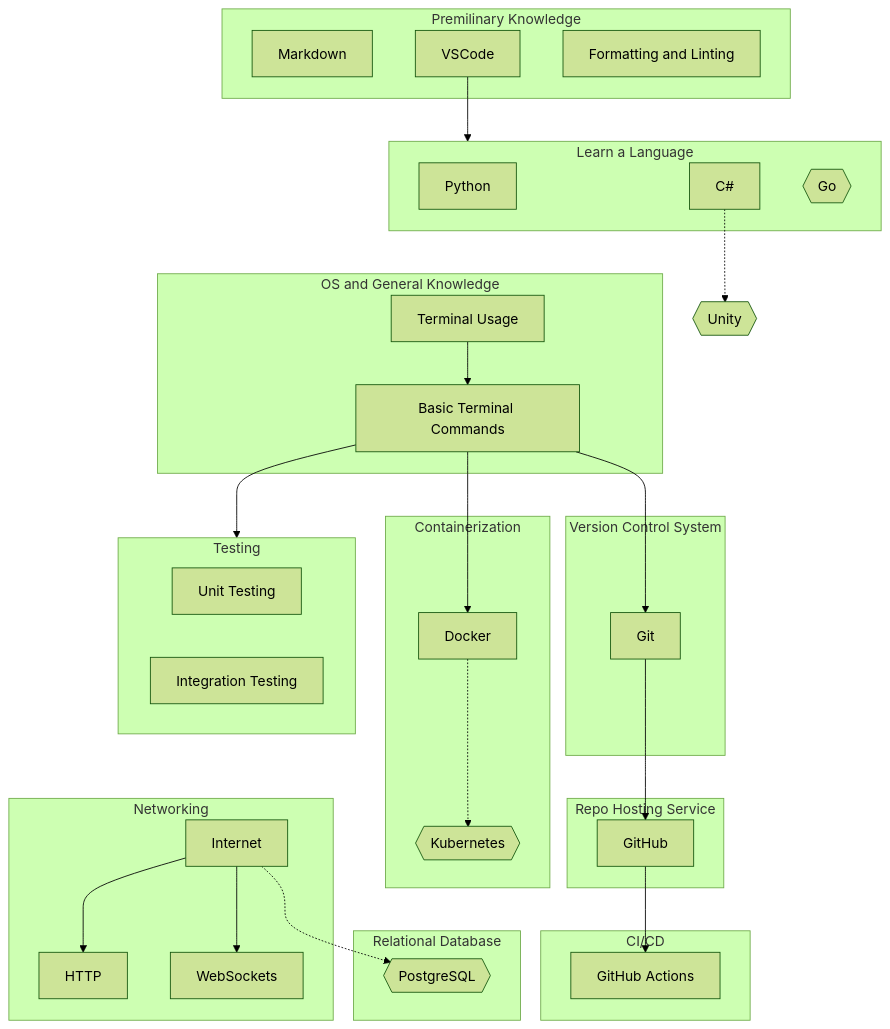
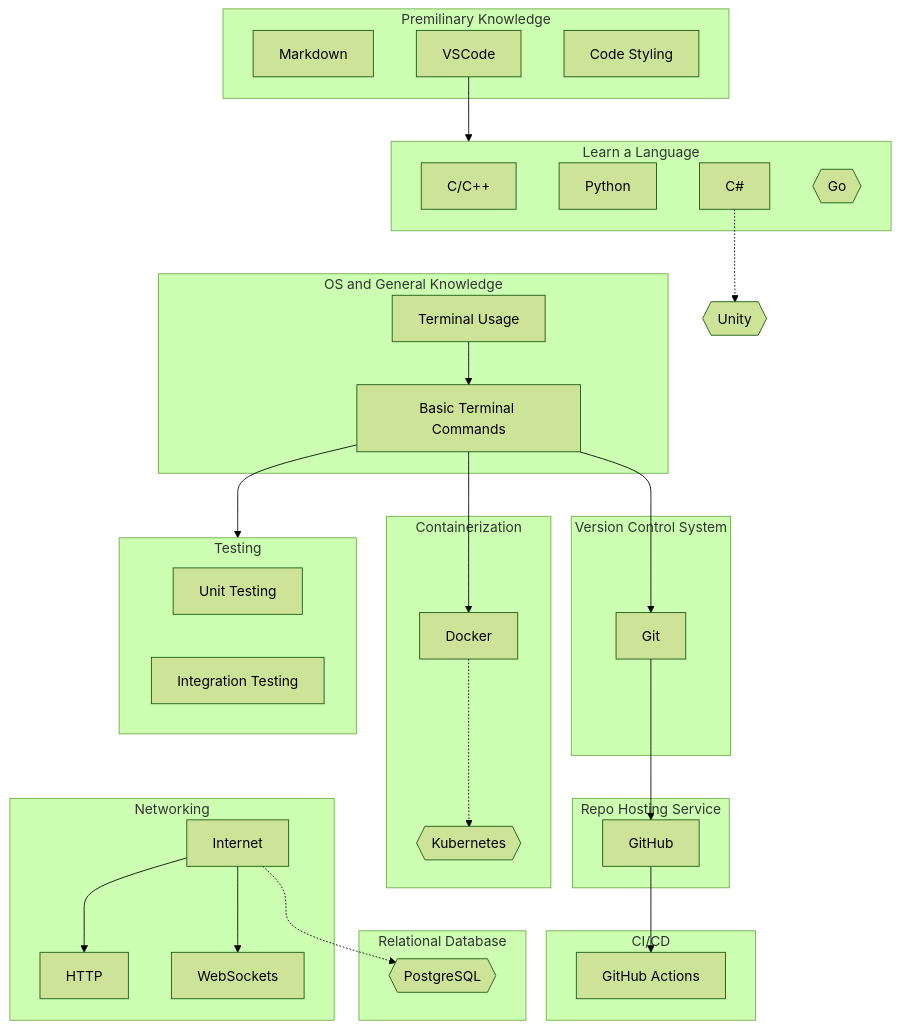
Before and after one commit to THUASTA/TechRoadmap: the diagram in docs/comp.md, drawn with Mermaid (forest theme).

Commit message:
docs: add links

```diff
--- a/docs/comp.md
+++ b/docs/comp.md
@@ -12,21 +12,32 @@
   subgraph pre_knowledge[Premilinary Knowledge]
     markdown[Markdown]
     vscode[VSCode]
-    format[Formatting and Linting]
+    code_styling[Code Styling]
+
+    click markdown "../pre_knowledge/markdown"
+    click vscode "../pre_knowledge/vscode"
   end
 
   subgraph prog_lang[Learn a Language]
+    c_cpp[C/C++]
     python[Python]
     csharp[C#]
     go{{Go}}
+
+    click python "../prog_lang/python"
+    click csharp "../prog_lang/csharp"
   end
 
   subgraph vcs[Version Control System]
     git[Git]
+
+    click git "../vcs/git"
   end
 
   subgraph repo[Repo Hosting Service]
     github[GitHub]
+
+    click github "../repo/github"
   end
 
   subgraph os[OS and General Knowledge]
@@ -34,15 +45,23 @@
     commands[Basic Terminal Commands]
 
     terminal --> commands
+
+    click terminal "../os/terminal"
+    click commands "../os/commands"
   end
 
   subgraph testing[Testing]
     unit_testing[Unit Testing]
     integration_testing[Integration Testing]
+
+    click unit_testing "../testing/unit_testing"
+    click integration_testing "../testing/int_testing"
   end
 
   subgraph ci_cd[CI/CD]
     github_actions[GitHub Actions]
+
+    click github_actions "../ci_cd/github_actions"
   end
 
   subgraph container[Containerization]
@@ -50,6 +69,8 @@
     k8s{{Kubernetes}}
 
     docker -.-> k8s
+
+    click docker "../container/docker"
   end
 
   subgraph networking[Networking]
@@ -59,6 +80,10 @@
 
     internet --> http
     internet --> websockets
+
+    click internet "../networking/internet"
+    click http "../networking/http"
+    click websockets "../networking/websockets"
   end
 
   subgraph rel_db[Relational Database]
```
